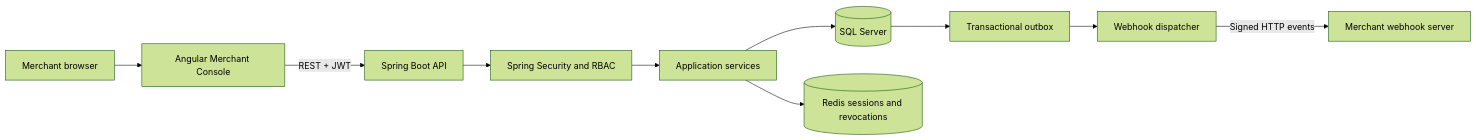
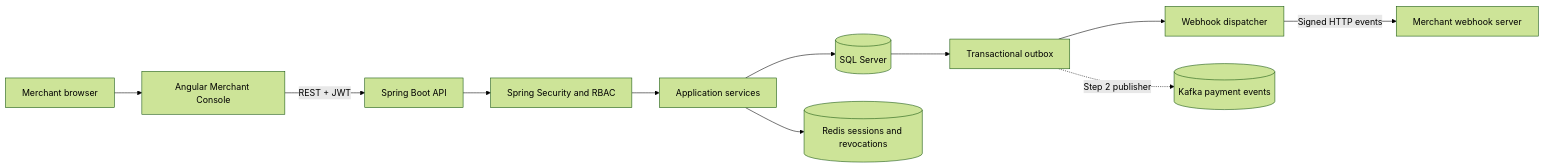
Before and after one commit to orlandosyv/finpay: the first of 2 diagrams in README.md, drawn with Mermaid (forest theme). The commit also changed other lines of this file and 21 other files, not shown here.

````diff
--- a/README.md
+++ b/README.md
@@ -78,12 +81,13 @@
 ```mermaid
 flowchart LR
     Browser[Merchant browser] --> Angular[Angular Merchant Console]
     Angular -->|REST + JWT| API[Spring Boot API]
     API --> Security[Spring Security and RBAC]
     Security --> Services[Application services]
     Services --> SQL[(SQL Server)]
     Services --> Redis[(Redis sessions and revocations)]
     SQL --> Outbox[Transactional outbox]
     Outbox --> Dispatcher[Webhook dispatcher]
     Dispatcher -->|Signed HTTP events| Merchant[Merchant webhook server]
+    Outbox -. Step 2 publisher .-> Kafka[(Kafka payment events)]
 ```
````
